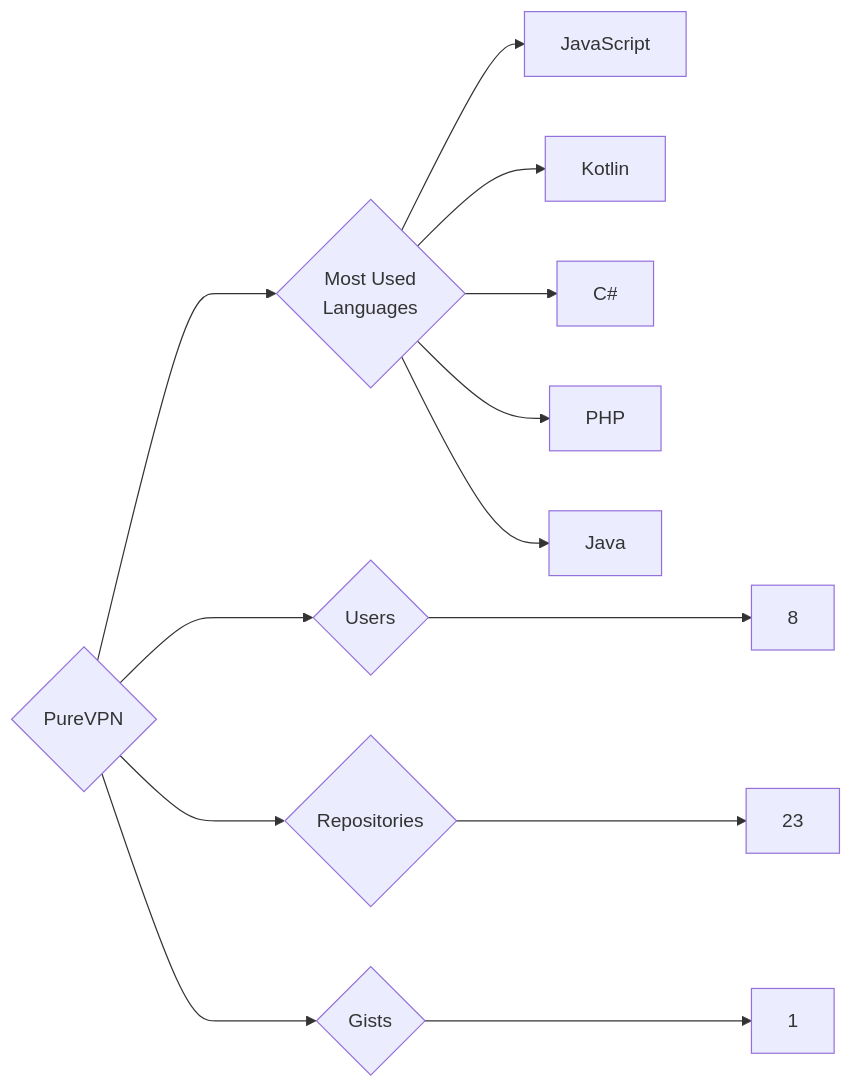
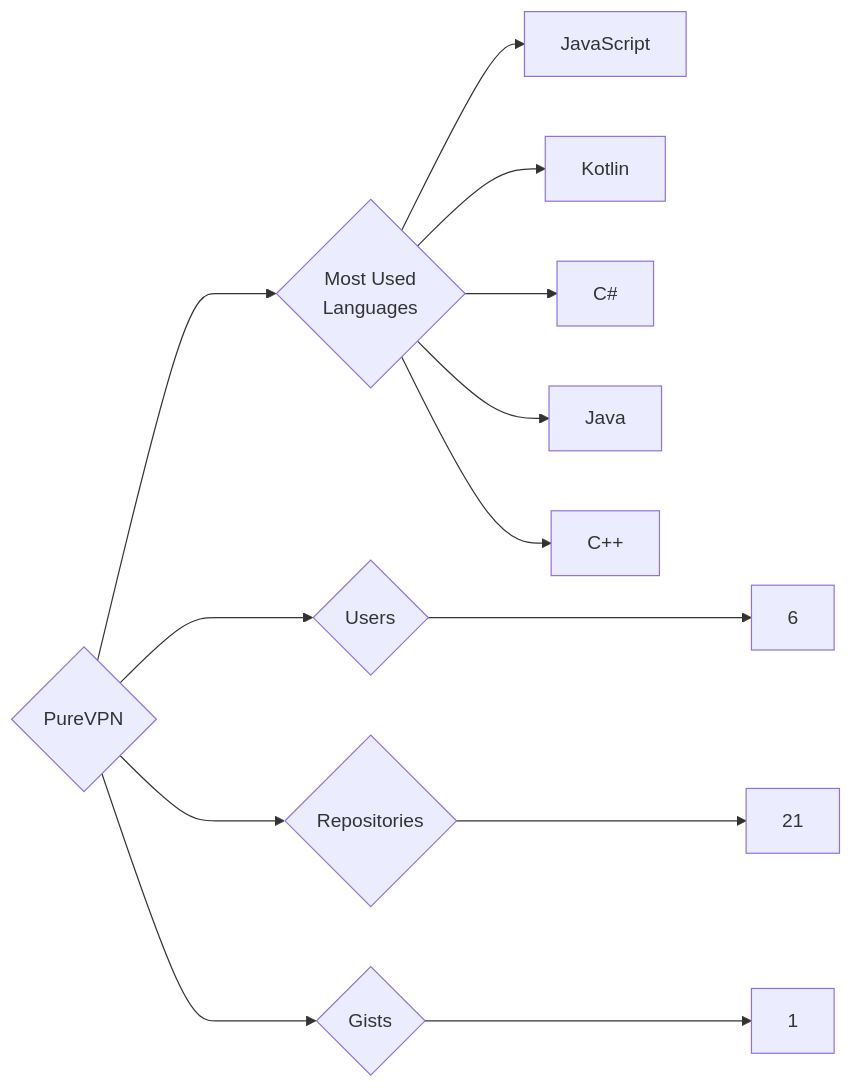
One commit to trickest/insiders changed the diagram in targets/PureVPN/README.md. Above: the diagram before and after it, drawn with Mermaid. The commit also changed 965 other files, not shown here.

````diff
--- a/targets/PureVPN/README.md
+++ b/targets/PureVPN/README.md
@@ -3,13 +3,13 @@
 ```mermaid
 graph LR
 COMPANY_NAME{PureVPN}
-COMPANY_NAME ---> U{Users} ---> UN[8]
-COMPANY_NAME ---> R{Repositories} ---> RN[23]
+COMPANY_NAME ---> U{Users} ---> UN[6]
+COMPANY_NAME ---> R{Repositories} ---> RN[21]
 COMPANY_NAME ---> G{Gists} ---> GN[1]
 COMPANY_NAME ---> ML{Most Used<br>Languages}
 ML --> JavaScript[JavaScript]
 ML --> Kotlin[Kotlin]
 ML --> C#[C#]
-ML --> PHP[PHP]
 ML --> Java[Java]
+ML --> C++[C++]
 ```
````
